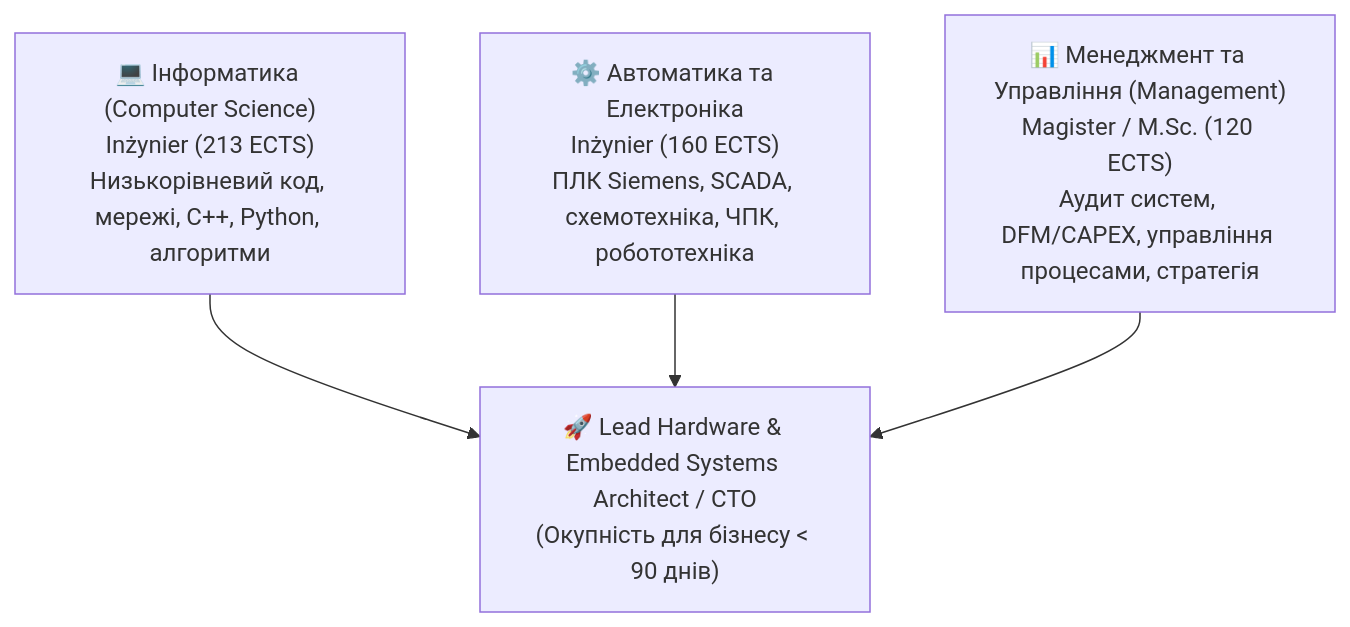
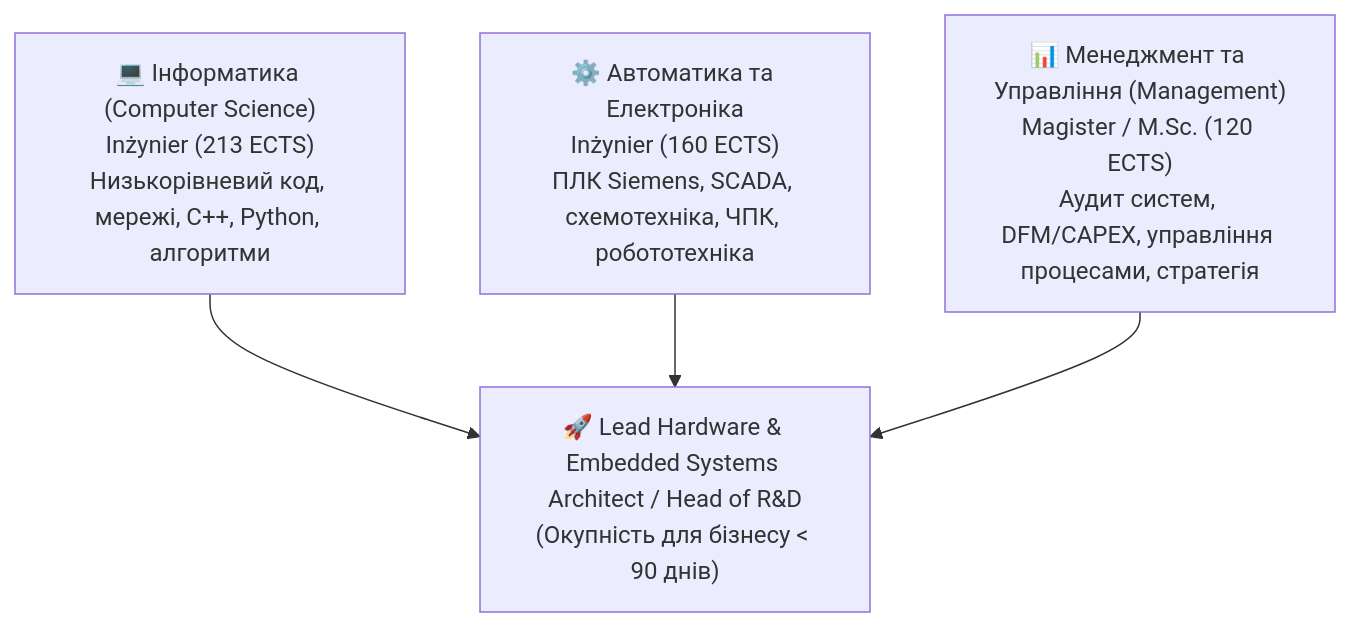
The diagram in privatInfo/study/README.md (BacharaOleh/oleh-bachara-portfolio), drawn with Mermaid before and after one commit. The commit also changed 39 other files, not shown here.

Commit message:
feat: add server-side storage, inquiries API, and enhance admin authentication flows

````diff
--- a/privatInfo/study/README.md
+++ b/privatInfo/study/README.md
@@ -13,8 +13,8 @@
 ```mermaid
 flowchart TD
     A["💻 Інформатика (Computer Science)<br/>Inżynier (213 ECTS)<br/>Низькорівневий код, мережі, C++, Python, алгоритми"] 
     B["⚙️ Автоматика та Електроніка<br/>Inżynier (160 ECTS)<br/>ПЛК Siemens, SCADA, схемотехніка, ЧПК, робототехніка"]
     C["📊 Менеджмент та Управління (Management)<br/>Magister / M.Sc. (120 ECTS)<br/>Аудит систем, DFM/CAPEX, управління процесами, стратегія"]
     
-    A & B & C --> D["🚀 Lead Hardware & Embedded Systems Architect / CTO<br/>(Окупність для бізнесу < 90 днів)"]
+    A & B & C --> D["🚀 Lead Hardware & Embedded Systems Architect / Head of R&D<br/>(Окупність для бізнесу < 90 днів)"]
 ```
````
